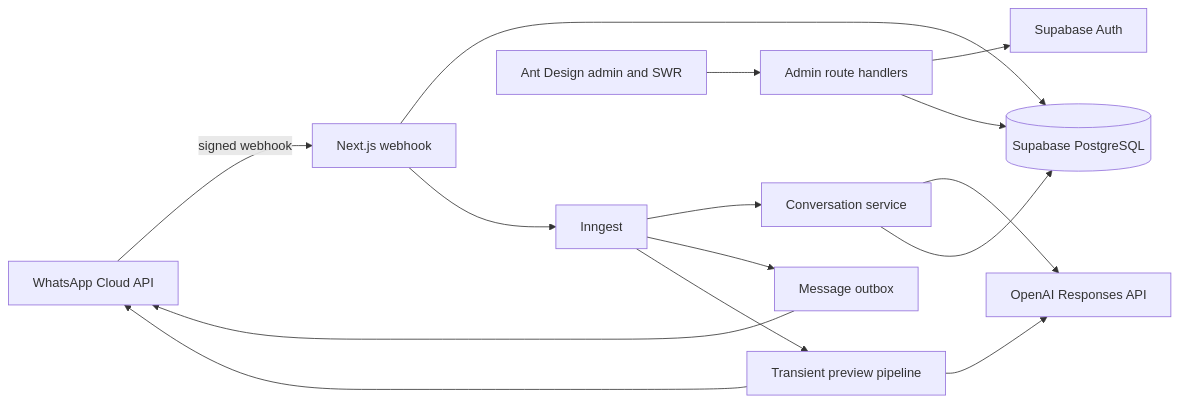
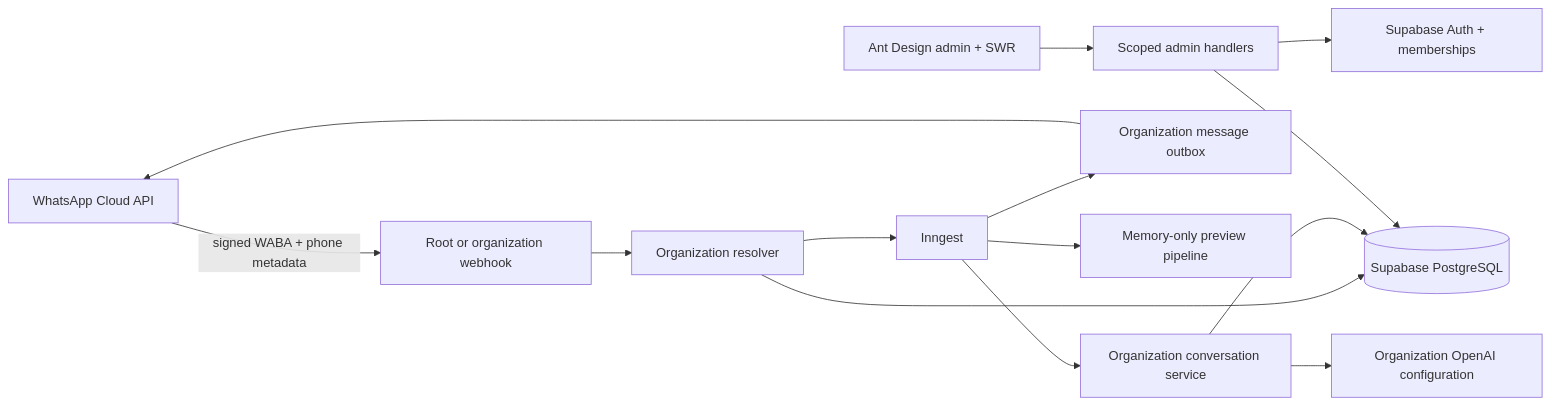
Before and after one commit to klardaofficial/nail-salon-platform: the diagram in docs/architecture/overview.md, drawn with Mermaid. The commit also changed other lines of this file and 167 other files, not shown here.

First line of the commit message:
﻿refactor: complete multi-organization architecture refactor

````diff
--- a/docs/architecture/overview.md
+++ b/docs/architecture/overview.md
@@ -3,17 +3,16 @@
 ```mermaid
 flowchart LR
-  WA[WhatsApp Cloud API] -->|signed webhook| Edge[Next.js webhook]
-  Edge --> DB[(Supabase PostgreSQL)]
-  Edge --> Jobs[Inngest]
-  Jobs --> Conversation[Conversation service]
-  Conversation --> OpenAI[OpenAI Responses API]
+  WA[WhatsApp Cloud API] -->|signed WABA + phone metadata| Edge[Root or organization webhook]
+  Edge --> Scope[Organization resolver]
+  Scope --> DB[(Supabase PostgreSQL)]
+  Scope --> Jobs[Inngest]
+  Jobs --> Conversation[Organization conversation service]
+  Conversation --> OpenAI[Organization OpenAI configuration]
   Conversation --> DB
-  Jobs --> Outbox[Message outbox]
+  Jobs --> Outbox[Organization message outbox]
   Outbox --> WA
-  Jobs --> Preview[Transient preview pipeline]
-  Preview --> OpenAI
-  Preview --> WA
-  Admin[Ant Design admin and SWR] --> API[Admin route handlers]
-  API --> Auth[Supabase Auth]
+  Jobs --> Preview[Memory-only preview pipeline]
+  Admin[Ant Design admin + SWR] --> API[Scoped admin handlers]
+  API --> Auth[Supabase Auth + memberships]
   API --> DB
 ```
````
